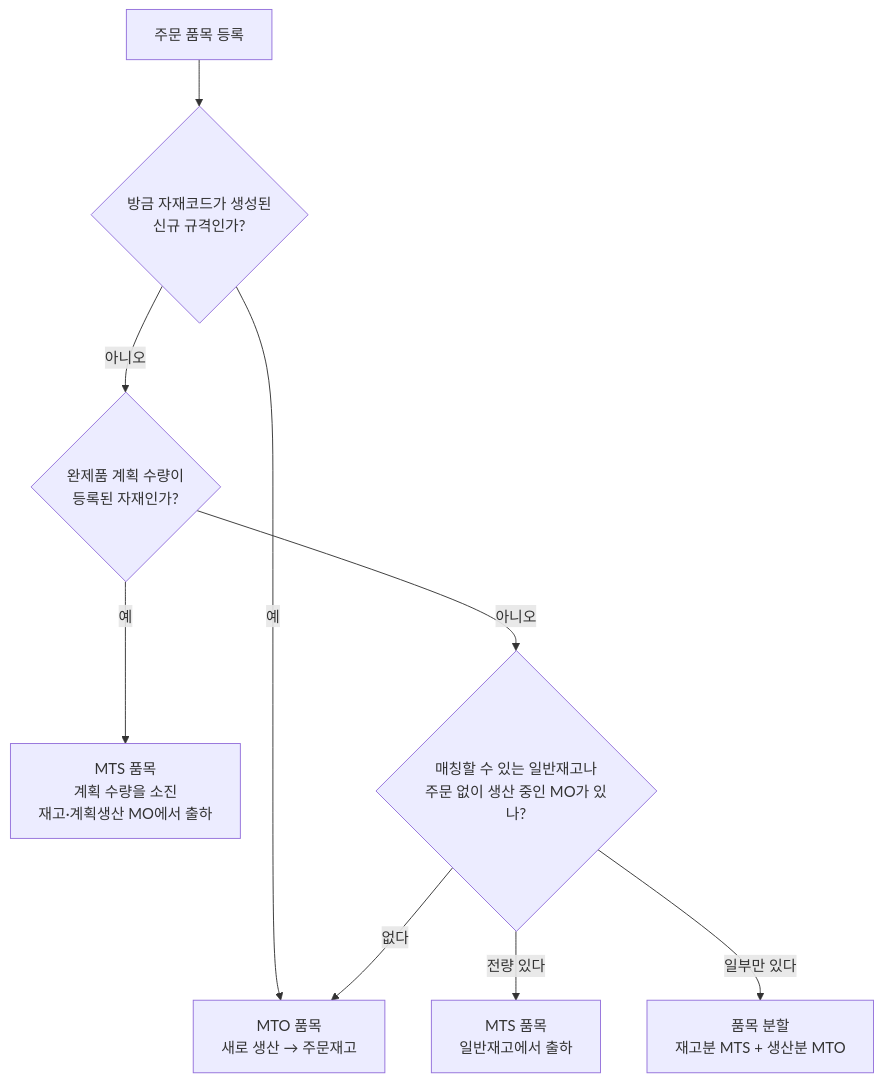
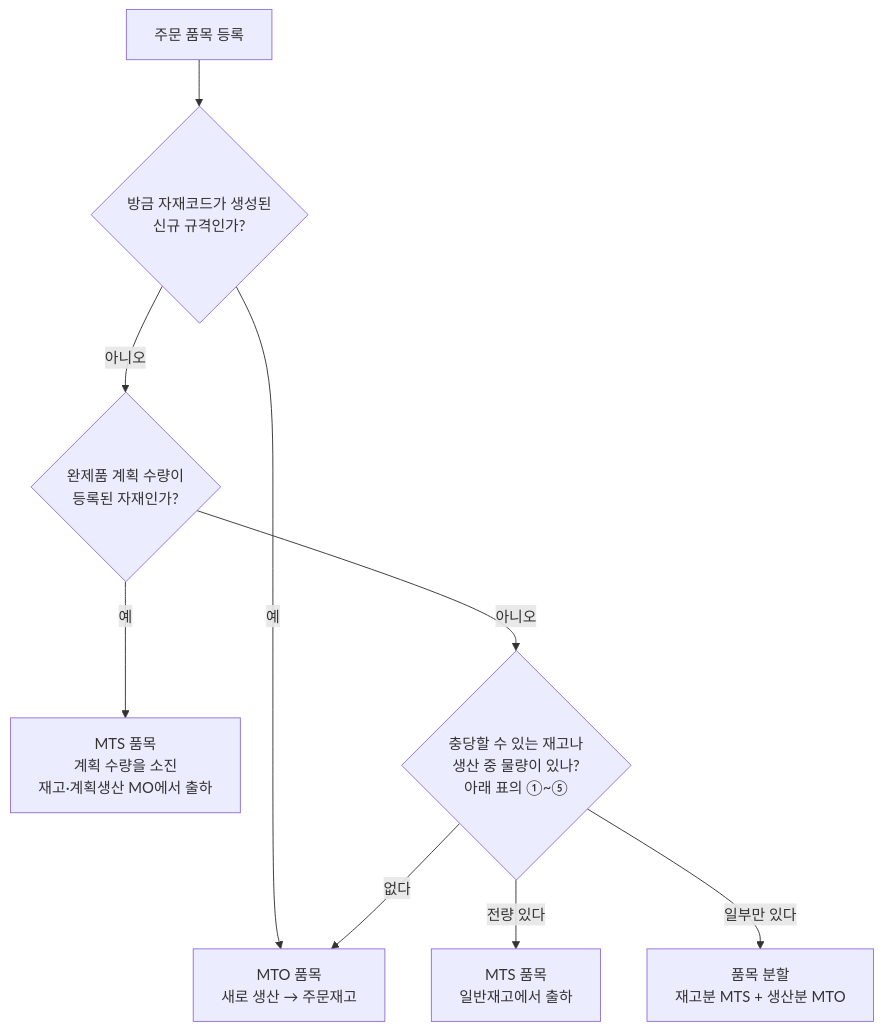
The fourth of 11 diagrams in docs/mto-mts-hybrid-analysis.md (donseok/mes-to-be-doc), drawn with Mermaid before and after one commit. The commit also changed other lines of this file and 6 other files, not shown here.

````diff
--- a/docs/mto-mts-hybrid-analysis.md
+++ b/docs/mto-mts-hybrid-analysis.md
@@ -183,11 +185,11 @@
 ```mermaid
 flowchart TD
   S["주문 품목 등록"] --> Q1{"방금 자재코드가 생성된<br/>신규 규격인가?"}
   Q1 -->|"예"| MTO["MTO 품목<br/>새로 생산 → 주문재고"]
   Q1 -->|"아니오"| Q0{"완제품 계획 수량이<br/>등록된 자재인가?"}
   Q0 -->|"예"| MTSP["MTS 품목<br/>계획 수량을 소진<br/>재고·계획생산 MO에서 출하"]
-  Q0 -->|"아니오"| Q2{"매칭할 수 있는 일반재고나<br/>주문 없이 생산 중인 MO가 있나?"}
+  Q0 -->|"아니오"| Q2{"충당할 수 있는 재고나<br/>생산 중 물량이 있나?<br/>아래 표의 ①~⑤"}
   Q2 -->|"전량 있다"| MTS["MTS 품목<br/>일반재고에서 출하"]
   Q2 -->|"일부만 있다"| SPLIT["품목 분할<br/>재고분 MTS + 생산분 MTO"]
   Q2 -->|"없다"| MTO
 ```
````
